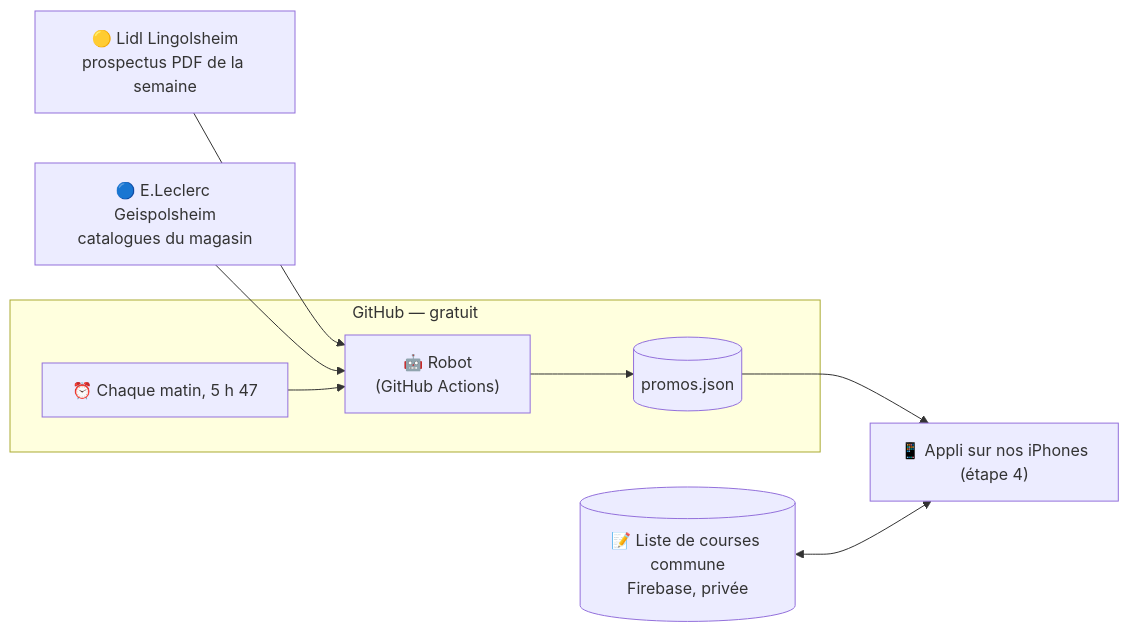
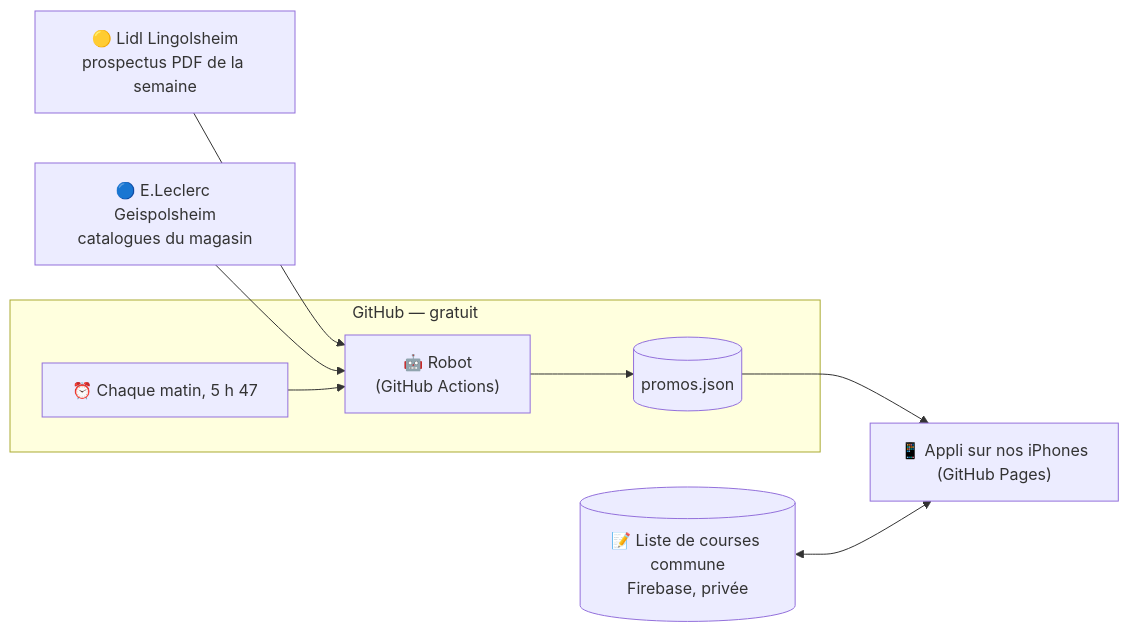
Before and after one commit to LASCAMPIA67/promos-courses: the diagram in README.md, drawn with Mermaid. The commit also changed other lines of this file and 34 other files, not shown here.

First line of the commit message:
Appli 0.3 : liste de courses commune sur iPhone

````diff
--- a/README.md
+++ b/README.md
@@ -50,11 +55,11 @@
 ```mermaid
 flowchart LR
     L["🟡 Lidl Lingolsheim<br/>prospectus PDF de la semaine"] --> R
     E["🔵 E.Leclerc Geispolsheim<br/>catalogues du magasin"] --> R
     subgraph G["GitHub — gratuit"]
         H["⏰ Chaque matin, 5 h 47"] --> R["🤖 Robot<br/>(GitHub Actions)"]
         R --> J[("promos.json")]
     end
-    J --> A["📱 Appli sur nos iPhones<br/>(étape 4)"]
+    J --> A["📱 Appli sur nos iPhones<br/>(GitHub Pages)"]
     C[("📝 Liste de courses commune<br/>Firebase, privée")] <--> A
 ```
````
